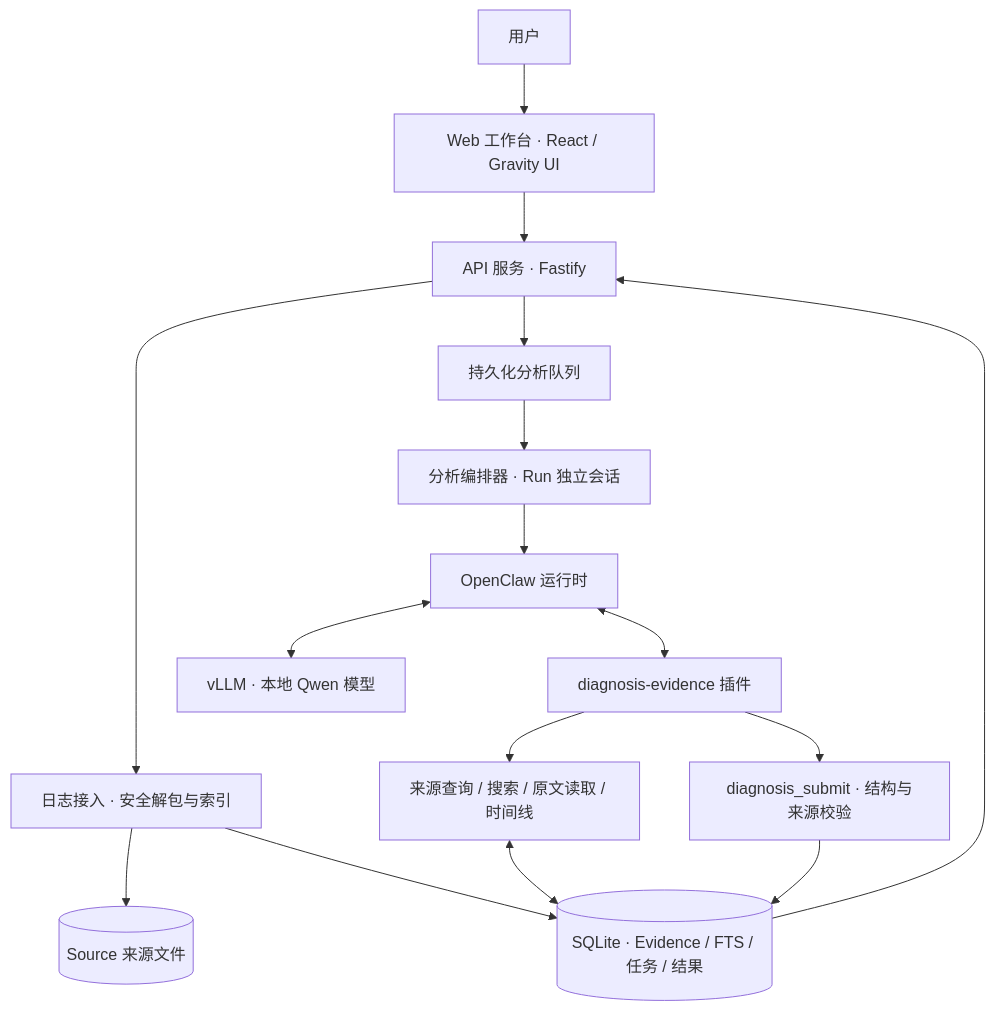
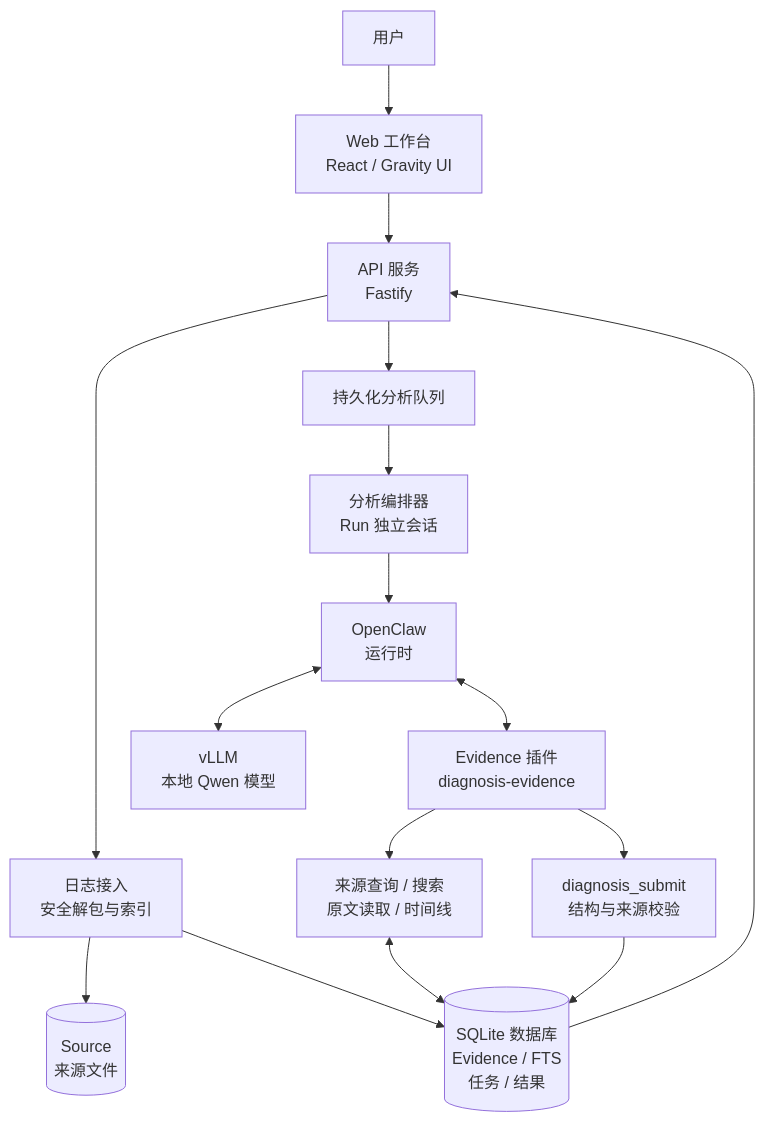
Before and after one commit to 414-AI-Box/openclaw-diagonsis-demo: the diagram in README.md, drawn with Mermaid.

Commit message:
Enhance flowchart labels with HTML formatting
Updated flowchart labels in README.md for clarity.

````diff
--- a/README.md
+++ b/README.md
@@ -23,18 +23,19 @@
 ```mermaid
+%%{init: {"flowchart": {"htmlLabels": false}}}%%
 flowchart TB
-    U[用户] --> W[Web 工作台 · React / Gravity UI]
-    W --> A[API 服务 · Fastify]
-    A --> I[日志接入 · 安全解包与索引]
-    I --> F[(Source 来源文件)]
-    I --> D[(SQLite · Evidence / FTS / 任务 / 结果)]
-    A --> Q[持久化分析队列]
-    Q --> O[分析编排器 · Run 独立会话]
-    O --> C[OpenClaw 运行时]
-    C <--> M[vLLM · 本地 Qwen 模型]
-    C <--> T[diagnosis-evidence 插件]
-    T --> R[来源查询 / 搜索 / 原文读取 / 时间线]
+    U["用户"] --> W["Web 工作台<br/>React / Gravity UI"]
+    W --> A["API 服务<br/>Fastify"]
+    A --> I["日志接入<br/>安全解包与索引"]
+    I --> F[("Source<br/>来源文件")]
+    I --> D[("SQLite 数据库<br/>Evidence / FTS<br/>任务 / 结果")]
+    A --> Q["持久化分析队列"]
+    Q --> O["分析编排器<br/>Run 独立会话"]
+    O --> C["OpenClaw<br/>运行时"]
+    C <--> M["vLLM<br/>本地 Qwen 模型"]
+    C <--> T["Evidence 插件<br/>diagnosis-evidence"]
+    T --> R["来源查询 / 搜索<br/>原文读取 / 时间线"]
     R <--> D
-    T --> P[diagnosis_submit · 结构与来源校验]
+    T --> P["diagnosis_submit<br/>结构与来源校验"]
     P --> D
     D --> A
 ```
````
